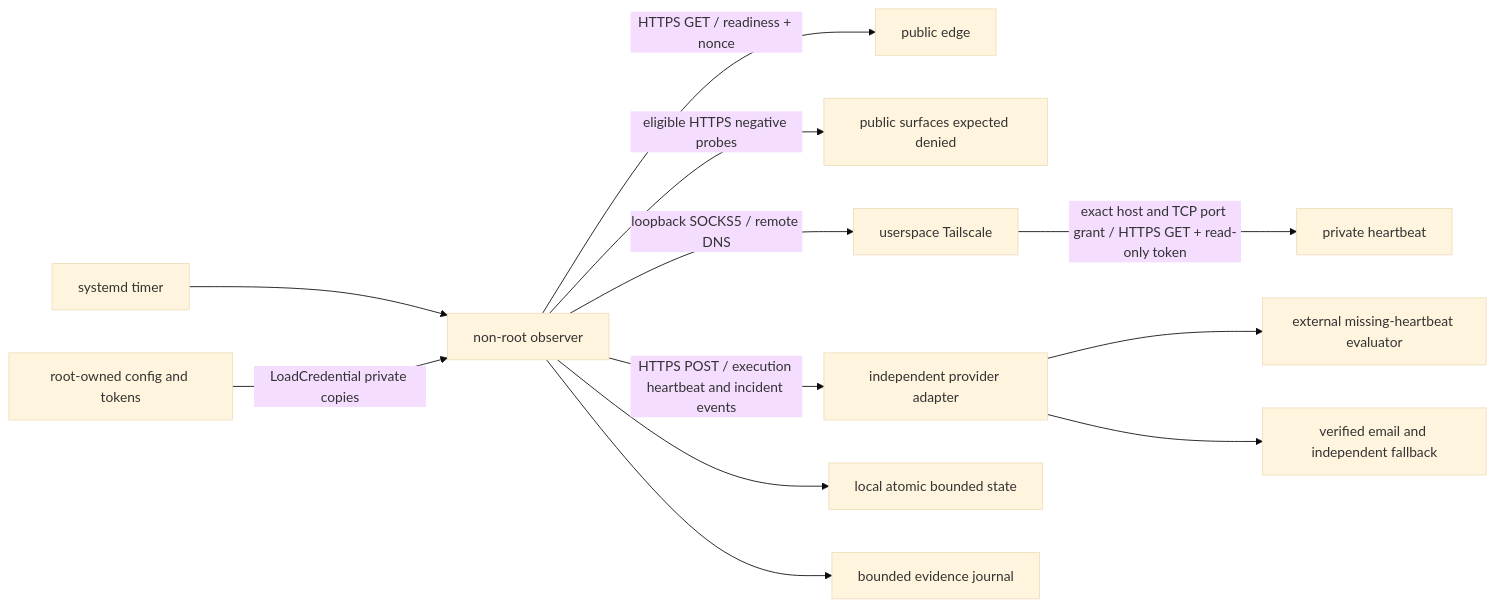
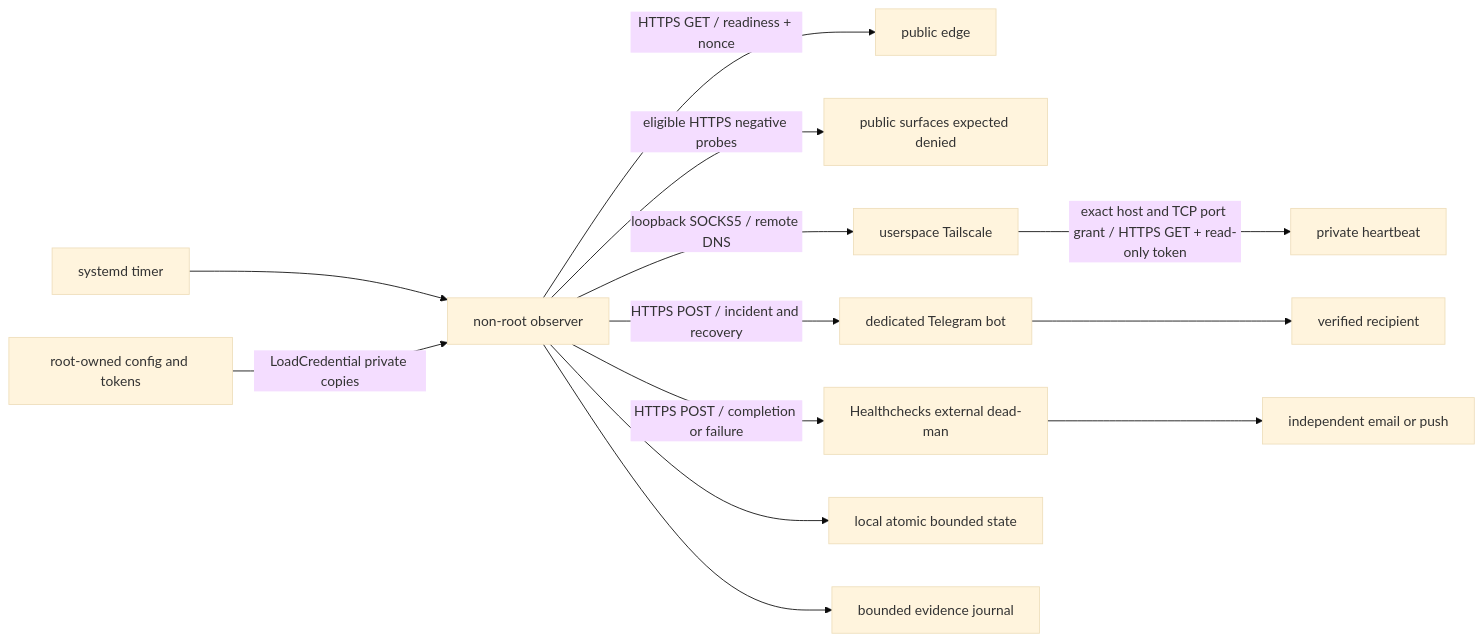
One commit to M2ABRAMSTANK/homelab-offsite-observer changed the diagram in docs/DESIGN.md. Above: the diagram before and after it, drawn with Mermaid (base theme). The commit also changed other lines of this file and 37 other files, not shown here.

````diff
--- a/docs/DESIGN.md
+++ b/docs/DESIGN.md
@@ -26,14 +54,15 @@
 ```mermaid
 flowchart LR
     timer[systemd timer] --> probe[non-root observer]
     config[root-owned config and tokens] -->|LoadCredential private copies| probe
     probe -->|HTTPS GET / readiness + nonce| edge[public edge]
     probe -->|eligible HTTPS negative probes| deny[public surfaces expected denied]
     probe -->|loopback SOCKS5 / remote DNS| ts[userspace Tailscale]
     ts -->|exact host and TCP port grant / HTTPS GET + read-only token| private[private heartbeat]
-    probe -->|HTTPS POST / execution heartbeat and incident events| provider[independent provider adapter]
-    provider --> deadman[external missing-heartbeat evaluator]
-    provider --> recipient[verified email and independent fallback]
+    probe -->|HTTPS POST / incident and recovery| telegram[dedicated Telegram bot]
+    telegram --> handset[verified recipient]
+    probe -->|HTTPS POST / completion or failure| deadman[Healthchecks external dead-man]
+    deadman --> fallback[independent email or push]
     probe --> state[local atomic bounded state]
     probe --> journal[bounded evidence journal]
 ```
````
